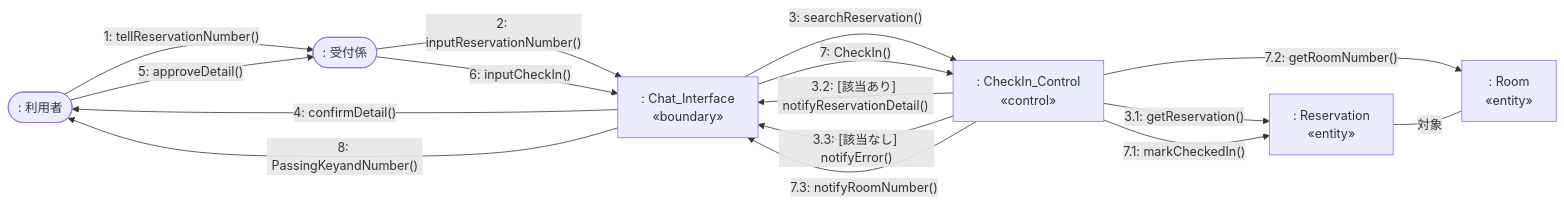
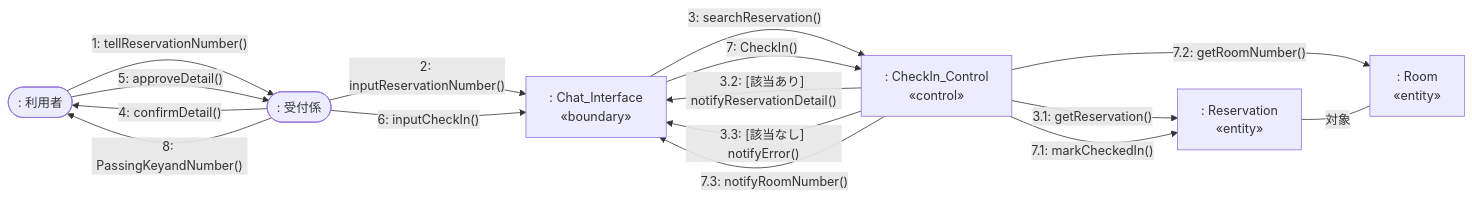
The second of 4 diagrams in System_Analysis.md (Kohki-tyl/HRS), drawn with Mermaid before and after one commit.

Commit message:
チェックインのコミュニケーション図の修正

````diff
--- a/System_Analysis.md
+++ b/System_Analysis.md
@@ -69,34 +69,34 @@
 ```mermaid
 flowchart LR
     U([": 利用者"])
     C([": 受付係"])
     B[": Chat_Interface<br/>«boundary»"]
     Ctrl[": CheckIn_Control<br/>«control»"]
     RV[": Reservation<br/>«entity»"]
     RM[": Room<br/>«entity»"]
 
     %% 1. 予約の照会フェーズ
     U -->|"1: tellReservationNumber()"| C
     C -->|"2: inputReservationNumber()"| B
     B -->|"3: searchReservation()"| Ctrl
     Ctrl -->|"3.1: getReservation()"| RV
 
     %% 照会結果の分岐通知
     Ctrl -->|"3.2: [該当あり] notifyReservationDetail()"| B
     Ctrl -->|"3.3: [該当なし] notifyError()"| B
-    B -->|"4: confirmDetail()"| U
+    C -->|"4: confirmDetail()"| U
 
     %% 2. チェックイン確定・状態更新フェーズ
     U -->|"5: approveDetail()"| C
     C -->|"6: inputCheckIn()"| B
     B -->|"7: CheckIn()"| Ctrl
     Ctrl -->|"7.1: markCheckedIn()"| RV
     Ctrl -->|"7.2: getRoomNumber()"| RM
 
     %% 完了通知と鍵渡し
     Ctrl -->|"7.3: notifyRoomNumber()"| B
-    B -->|"8: PassingKeyandNumber()"| U
+    C -->|"8: PassingKeyandNumber()"| U
 
     %% 
     RV ---|"対象"| RM
 ```
````
